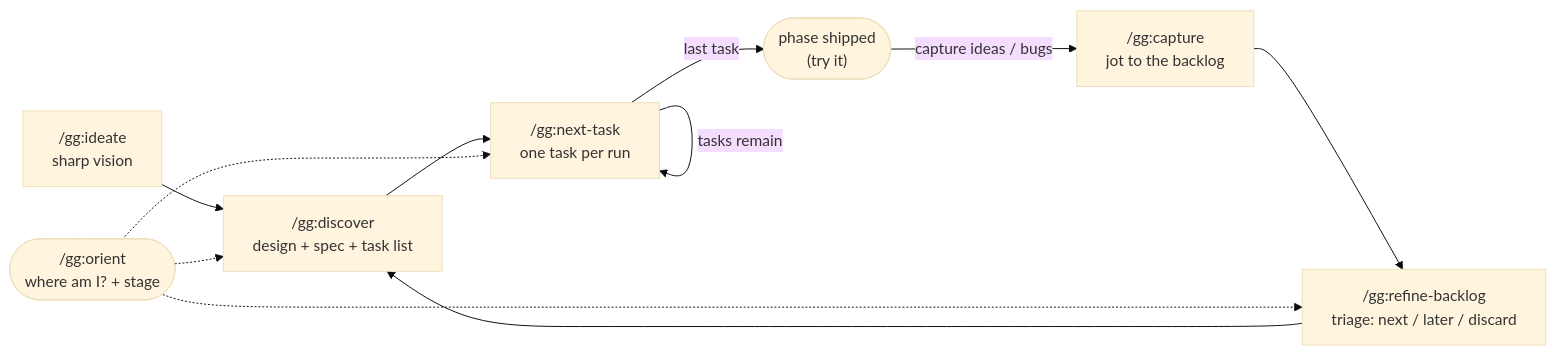
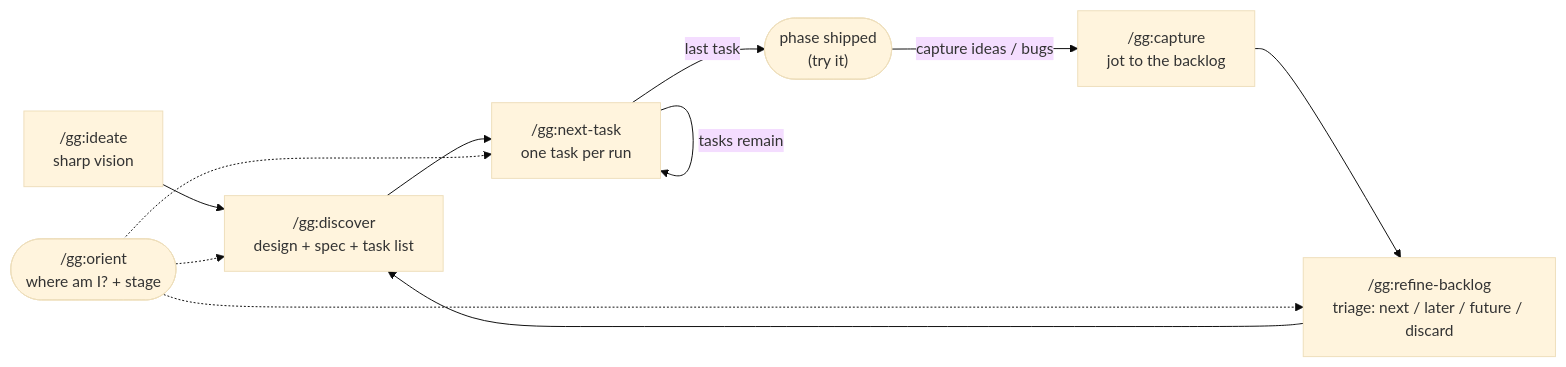
One commit to javimoya/gg changed the diagram in README.md. Above: the diagram before and after it, drawn with Mermaid (base theme). The commit also changed other lines of this file and 9 other files, not shown here.

First line of the commit message:
2.4.0 — refine-backlog: one report + single decision; stable B-NN backlog ids

````diff
--- a/README.md
+++ b/README.md
@@ -78,13 +78,13 @@
 ```mermaid
 flowchart LR
     I["/gg:ideate<br/>sharp vision"] --> D["/gg:discover<br/>design + spec + task list"]
     D --> N["/gg:next-task<br/>one task per run"]
     N -- tasks remain --> N
     N -- last task --> S(["phase shipped<br/>(try it)"])
     S -- capture ideas / bugs --> C["/gg:capture<br/>jot to the backlog"]
-    C --> R["/gg:refine-backlog<br/>triage: next / later / discard"]
+    C --> R["/gg:refine-backlog<br/>triage: next / later / future / discard"]
     R --> D
     O(["/gg:orient<br/>where am I? + stage"]) -.-> R
     O -.-> D
     O -.-> N
 ```
````
